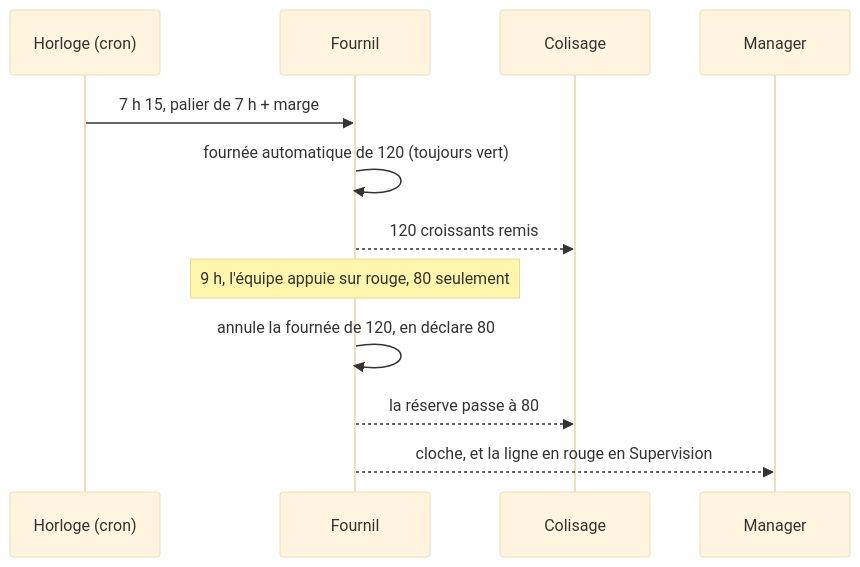
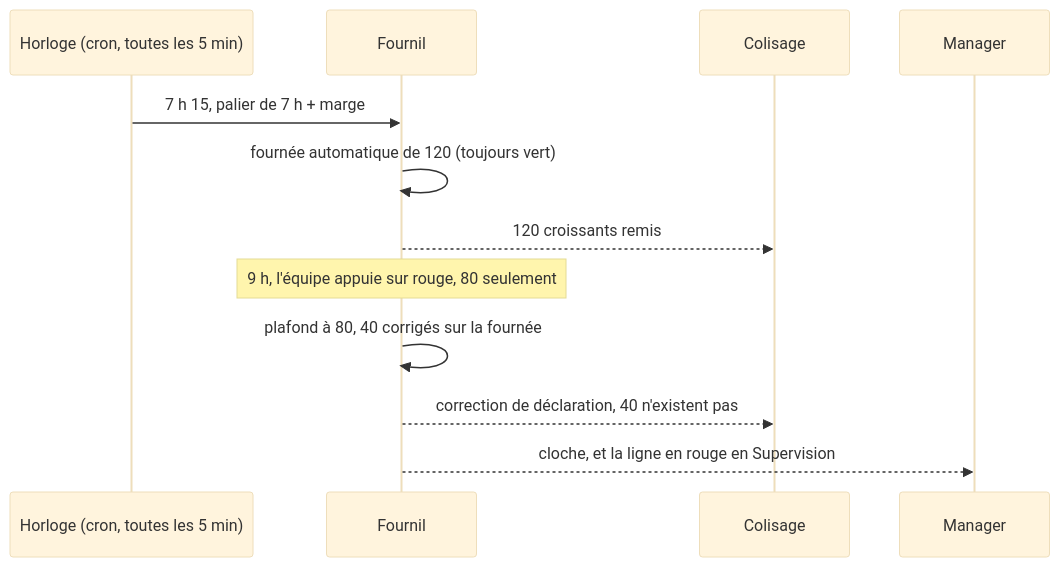
The diagram in documentation/fournil/plan-niveaux-de-suivi.md (hugoheynard/lfd), drawn with Mermaid (base theme) before and after one commit. The commit also changed other lines of this file, not shown here.

````diff
--- a/documentation/fournil/plan-niveaux-de-suivi.md
+++ b/documentation/fournil/plan-niveaux-de-suivi.md
@@ -36,14 +41,14 @@
 ```mermaid
 sequenceDiagram
-    participant H as Horloge (cron)
+    participant H as Horloge (cron, toutes les 5 min)
     participant F as Fournil
     participant K as Colisage
     participant M as Manager
     H->>F: 7 h 15, palier de 7 h + marge
     F->>F: fournée automatique de 120 (toujours vert)
     F-->>K: 120 croissants remis
     Note over F: 9 h, l'équipe appuie sur rouge, 80 seulement
-    F->>F: annule la fournée de 120, en déclare 80
-    F-->>K: la réserve passe à 80
+    F->>F: plafond à 80, 40 corrigés sur la fournée
+    F-->>K: correction de déclaration, 40 n'existent pas
     F-->>M: cloche, et la ligne en rouge en Supervision
 ```
````
